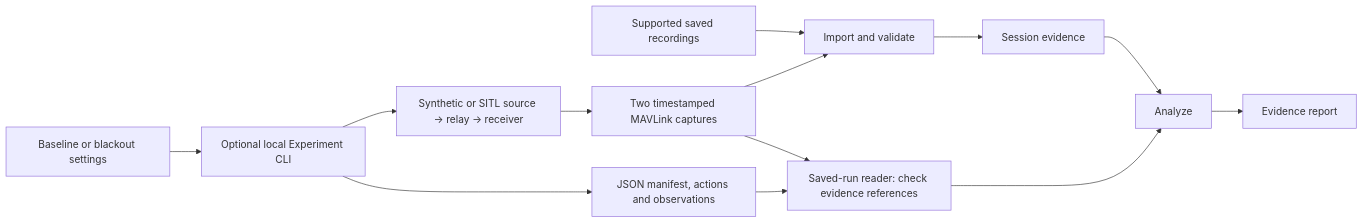
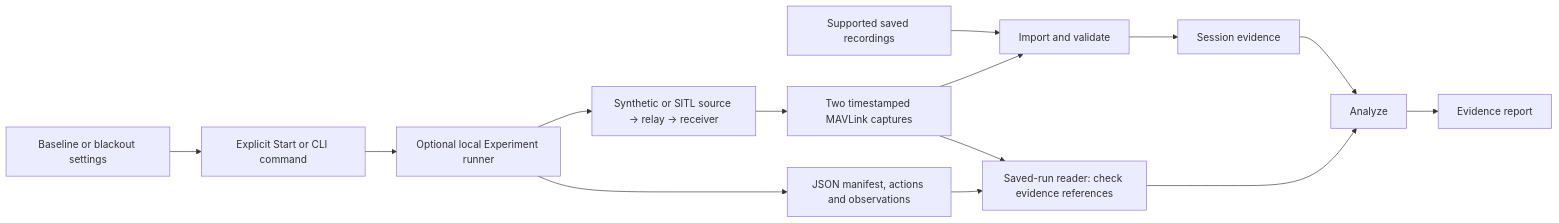
One commit to victormonnot/UAV-Debugger changed the diagram in docs/architecture.md. Above: the diagram before and after it, drawn with Mermaid. The commit also changed other lines of this file and 24 other files, not shown here.

Commit message:
feat(experiment): add local launch and stop controls

````diff
--- a/docs/architecture.md
+++ b/docs/architecture.md
@@ -14,15 +14,16 @@
 ```mermaid
 flowchart LR
     files["Supported saved recordings"] --> import["Import and validate"]
     import --> session["Session evidence"]
     session --> analyze["Analyze"]
     analyze --> report["Evidence report"]
-    scenario["Baseline or blackout settings"] --> runner["Optional local Experiment CLI"]
+    scenario["Baseline or blackout settings"] --> launch["Explicit Start or CLI command"]
+    launch --> runner["Optional local Experiment runner"]
     runner --> path["Synthetic or SITL source → relay → receiver"]
     path --> captures["Two timestamped MAVLink captures"]
     captures --> import
     runner --> trace["JSON manifest, actions and observations"]
     trace --> saved["Saved-run reader: check evidence references"]
     captures --> saved
     saved --> analyze
 ```
````
